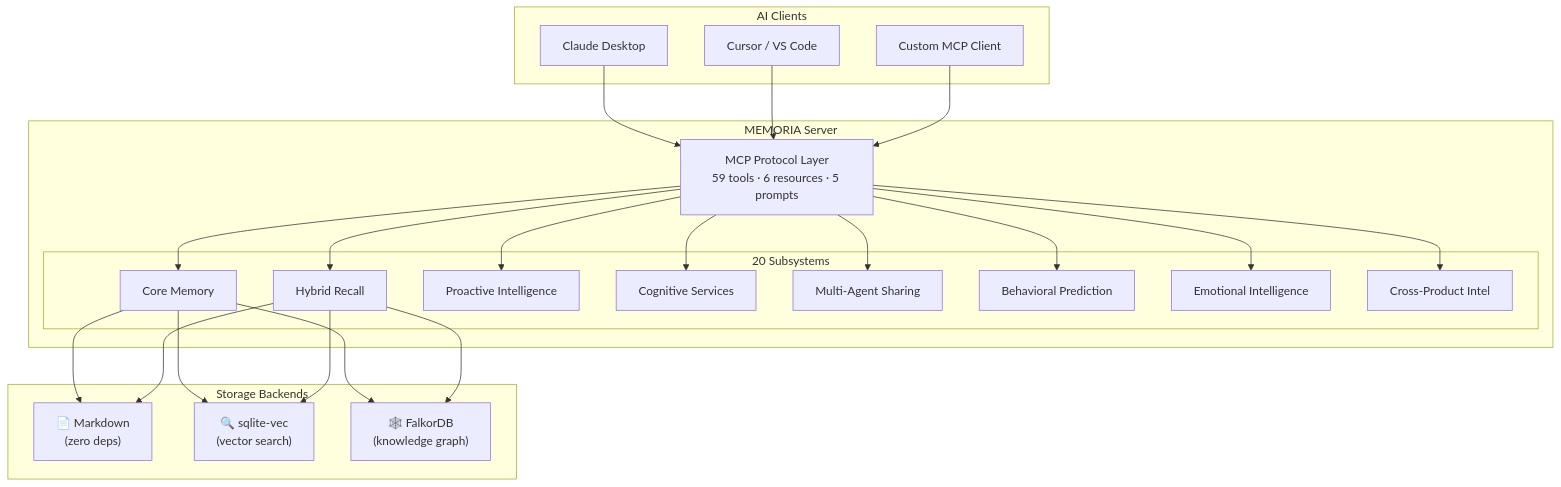
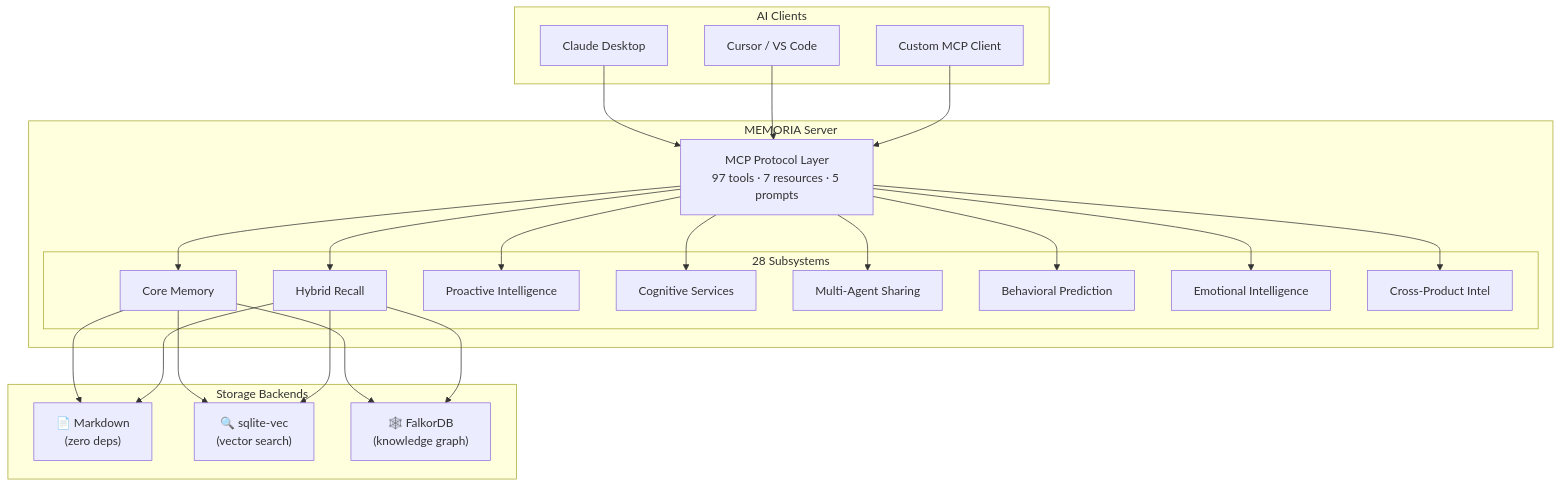
One commit to naicud/memor-ia changed the first of 4 diagrams in docs/BUSINESS.md. Above: the diagram before and after it, drawn with Mermaid. The commit also changed other lines of this file and 7 other files, not shown here.

````diff
--- a/docs/BUSINESS.md
+++ b/docs/BUSINESS.md
@@ -11,32 +11,32 @@
 ```mermaid
 graph TB
     subgraph "AI Clients"
         C1["Claude Desktop"]
         C2["Cursor / VS Code"]
         C3["Custom MCP Client"]
     end
 
     subgraph "MEMORIA Server"
-        MCP["MCP Protocol Layer<br/>59 tools · 6 resources · 5 prompts"]
-        subgraph "20 Subsystems"
+        MCP["MCP Protocol Layer<br/>97 tools · 7 resources · 5 prompts"]
+        subgraph "28 Subsystems"
             S1["Core Memory"]
             S2["Hybrid Recall"]
             S3["Proactive Intelligence"]
             S4["Cognitive Services"]
             S5["Multi-Agent Sharing"]
             S6["Behavioral Prediction"]
             S7["Emotional Intelligence"]
             S8["Cross-Product Intel"]
         end
     end
 
     subgraph "Storage Backends"
         MD["📄 Markdown<br/>(zero deps)"]
         VEC["🔍 sqlite-vec<br/>(vector search)"]
         GR["🕸️ FalkorDB<br/>(knowledge graph)"]
     end
 
     C1 & C2 & C3 --> MCP
     MCP --> S1 & S2 & S3 & S4 & S5 & S6 & S7 & S8
     S1 & S2 --> MD & VEC & GR
 ```
````
